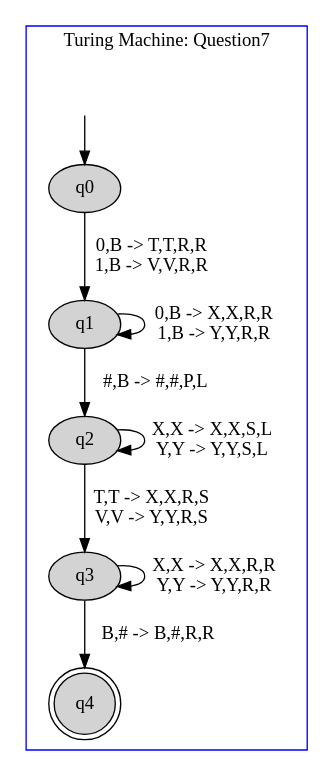
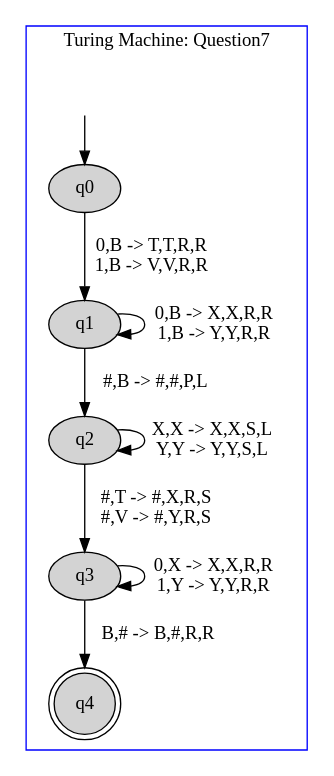
One commit to danielScLima/turing_machine_2_fitas changed the diagram in TM2FITAS/images/file.dot. Above: the diagram before and after it, drawn with Graphviz. The commit also changed 16 other files, not shown here.

```diff
--- a/TM2FITAS/images/file.dot
+++ b/TM2FITAS/images/file.dot
@@ -1,26 +1,26 @@
 digraph G {
 	subgraph cluster_1 {
 		node [style=filled];
 		label = "Turing Machine: Question7"
 		color=blue;
 
 		q0;
 		q1;
 		q2;
 		q3;
 		q4 [shape="doublecircle"];
 		q0->q1[label="0,B -> T,T,R,R
 1,B -> V,V,R,R"];
 		q1->q1[label="0,B -> X,X,R,R
 1,B -> Y,Y,R,R"];
 		q1->q2[label="#,B -> #,#,P,L"];
 		q2->q2[label="X,X -> X,X,S,L
 Y,Y -> Y,Y,S,L"];
-		q2->q3[label="T,T -> X,X,R,S
-V,V -> Y,Y,R,S"];
-		q3->q3[label="X,X -> X,X,R,R
-Y,Y -> Y,Y,R,R"];
+		q2->q3[label="#,T -> #,X,R,S
+#,V -> #,Y,R,S"];
+		q3->q3[label="0,X -> X,X,R,R
+1,Y -> Y,Y,R,R"];
 		q3->q4[label="B,# -> B,#,R,R"];
 x [color=white, label=""];		x->q0	}
 
 }
```
